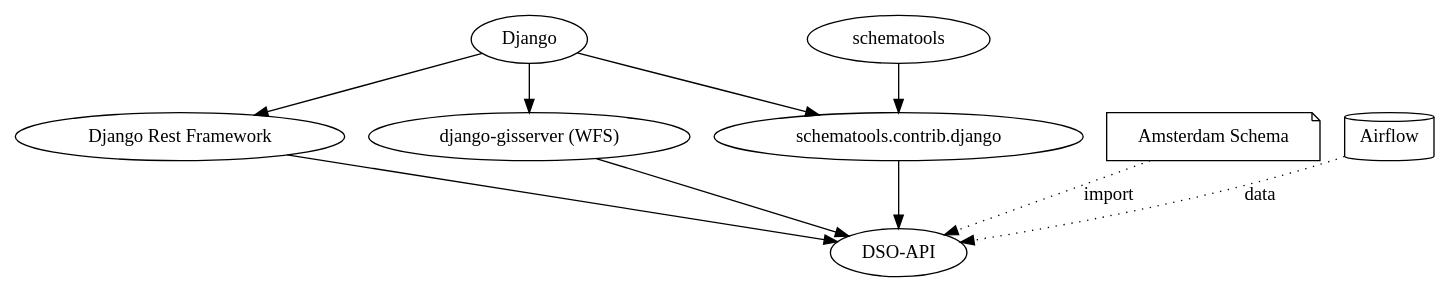
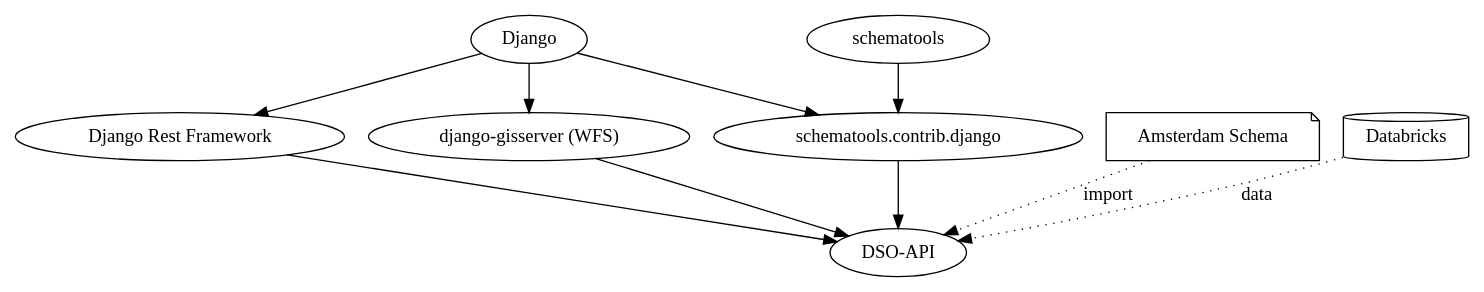
Before and after one commit to Amsterdam/dso-api: the diagram in dev-docs/source/index.rst, drawn with Graphviz. The commit also changed other lines of this file and 5 other files, not shown here.

```diff
--- a/dev-docs/source/index.rst
+++ b/dev-docs/source/index.rst
@@ -35,24 +35,24 @@
 .. graphviz::
 
    digraph foo {
 
       django [label="Django"]
       dso_api [label="DSO-API"]
       drf [label="Django Rest Framework"]
       wfs [label="django-gisserver (WFS)"]
 
       schematools_contrib_django [label="schematools.contrib.django"]
 
       ams [label="Amsterdam Schema", shape=note]
-      airflow [label="Airflow", shape=cylinder]
+      databricks [label="Databricks", shape=cylinder]
 
       schematools_contrib_django -> dso_api
       django -> drf
       django -> wfs
       wfs -> dso_api
       drf -> dso_api
       django -> schematools_contrib_django
       schematools -> schematools_contrib_django
       ams -> dso_api [style=dotted, label="import"]
-      airflow -> dso_api [style=dotted, label="data"]
+      databricks -> dso_api [style=dotted, label="data"]
    }
```
